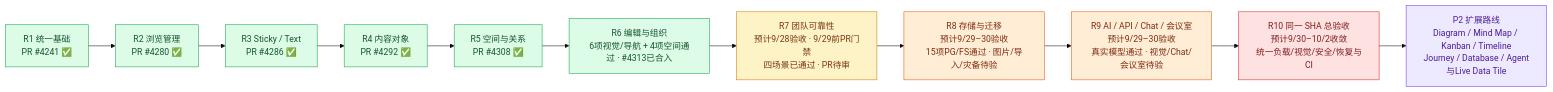
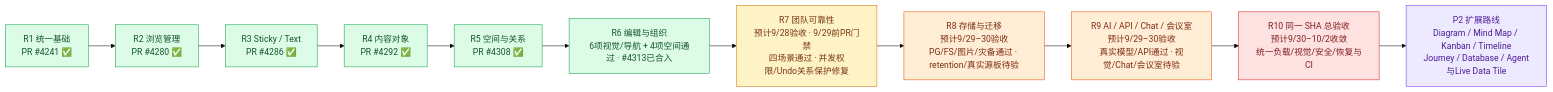
One commit to boardx/workspacex changed the first of 4 diagrams in phases/phase-19-board-visual-workspace/design-deltas/2026-09-26-unified-board-plan.md. Above: the diagram before and after it, drawn with Mermaid (base theme). The commit also changed other lines of this file, not shown here.

Commit message:
docs(board): update iteration evidence and review blockers

````diff
--- a/phases/phase-19-board-visual-workspace/design-deltas/2026-09-26-unified-board-plan.md
+++ b/phases/phase-19-board-visual-workspace/design-deltas/2026-09-26-unified-board-plan.md
@@ -23,20 +25,20 @@
 ```mermaid
 flowchart LR
   R1["R1 统一基础<br/>PR #4241 ✅"]:::merged --> R2["R2 浏览管理<br/>PR #4280 ✅"]:::merged
   R2 --> R3["R3 Sticky / Text<br/>PR #4286 ✅"]:::merged
   R3 --> R4["R4 内容对象<br/>PR #4292 ✅"]:::merged
   R4 --> R5["R5 空间与关系<br/>PR #4308 ✅"]:::merged
   R5 --> R6["R6 编辑与组织<br/>6项视觉/导航 + 4项空间通过 · #4313已合入"]:::merged
-  R6 --> R7["R7 团队可靠性<br/>预计9/28验收 · 9/29前PR门禁<br/>四场景已通过 · PR待审"]:::accepting
-  R7 --> R8["R8 存储与迁移<br/>预计9/29–30验收<br/>15项PG/FS通过 · 图片/导入/灾备待验"]:::working
-  R8 --> R9["R9 AI / API / Chat / 会议室<br/>预计9/29–30验收<br/>真实模型通过 · 视觉/Chat/会议室待验"]:::working
+  R6 --> R7["R7 团队可靠性<br/>预计9/28验收 · 9/29前PR门禁<br/>四场景通过 · 并发权限/Undo关系保护修复"]:::accepting
+  R7 --> R8["R8 存储与迁移<br/>预计9/29–30验收<br/>PG/FS/图片/灾备通过 · retention/真实源板待验"]:::working
+  R8 --> R9["R9 AI / API / Chat / 会议室<br/>预计9/29–30验收<br/>真实模型/API通过 · 视觉/Chat/会议室待验"]:::working
   R9 --> R10["R10 同一 SHA 总验收<br/>预计9/30–10/2收敛<br/>统一负载/视觉/安全/恢复与CI"]:::blocked
   R10 --> P2["P2 扩展路线<br/>Diagram / Mind Map / Kanban / Timeline<br/>Journey / Database / Agent与Live Data Tile"]:::future
   classDef merged fill:#dcfce7,stroke:#16a34a,color:#14532d
   classDef accepting fill:#fef3c7,stroke:#d97706,color:#78350f
   classDef ready fill:#dbeafe,stroke:#2563eb,color:#1e3a8a
   classDef working fill:#ffedd5,stroke:#ea580c,color:#7c2d12
   classDef blocked fill:#fee2e2,stroke:#dc2626,color:#7f1d1d
   classDef todo fill:#f1f5f9,stroke:#64748b,color:#334155
   classDef future fill:#ede9fe,stroke:#7c3aed,color:#4c1d95
 ```
````
